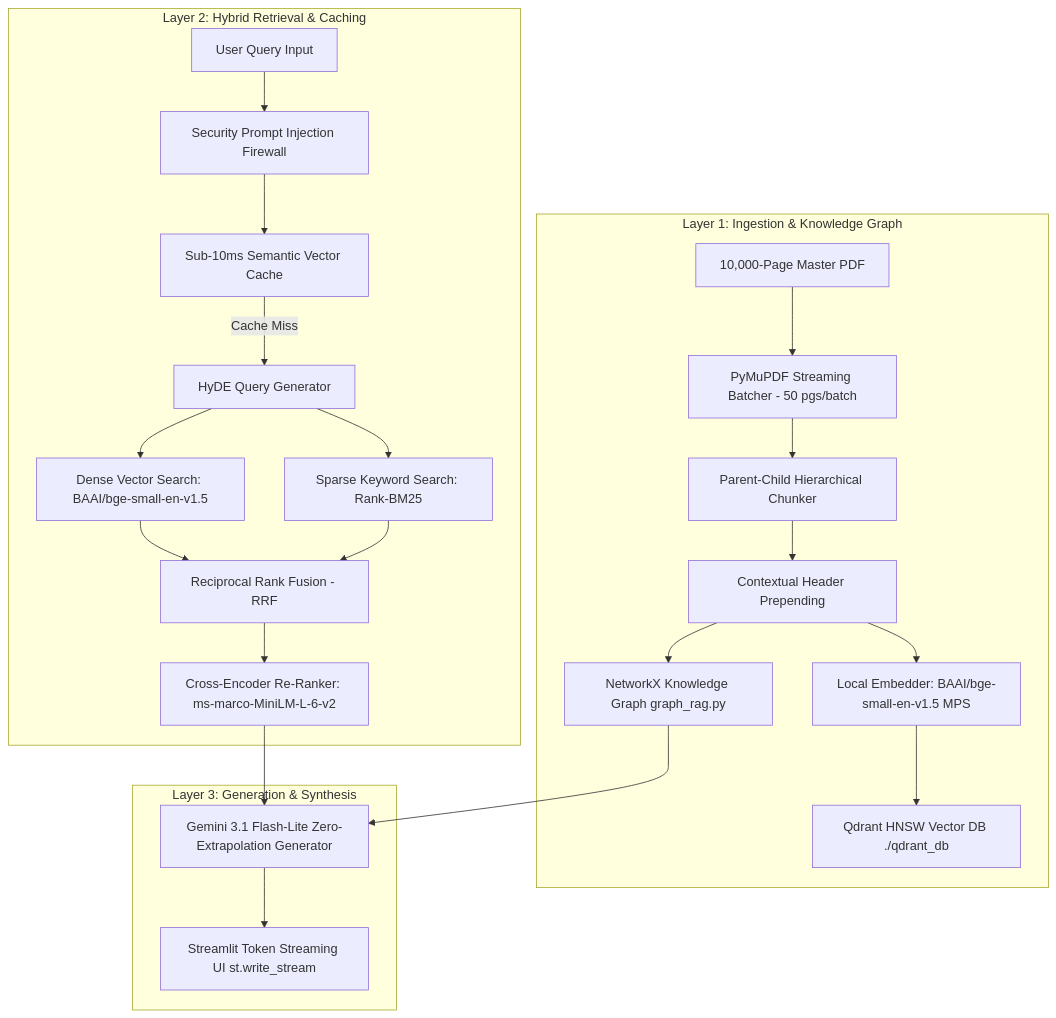
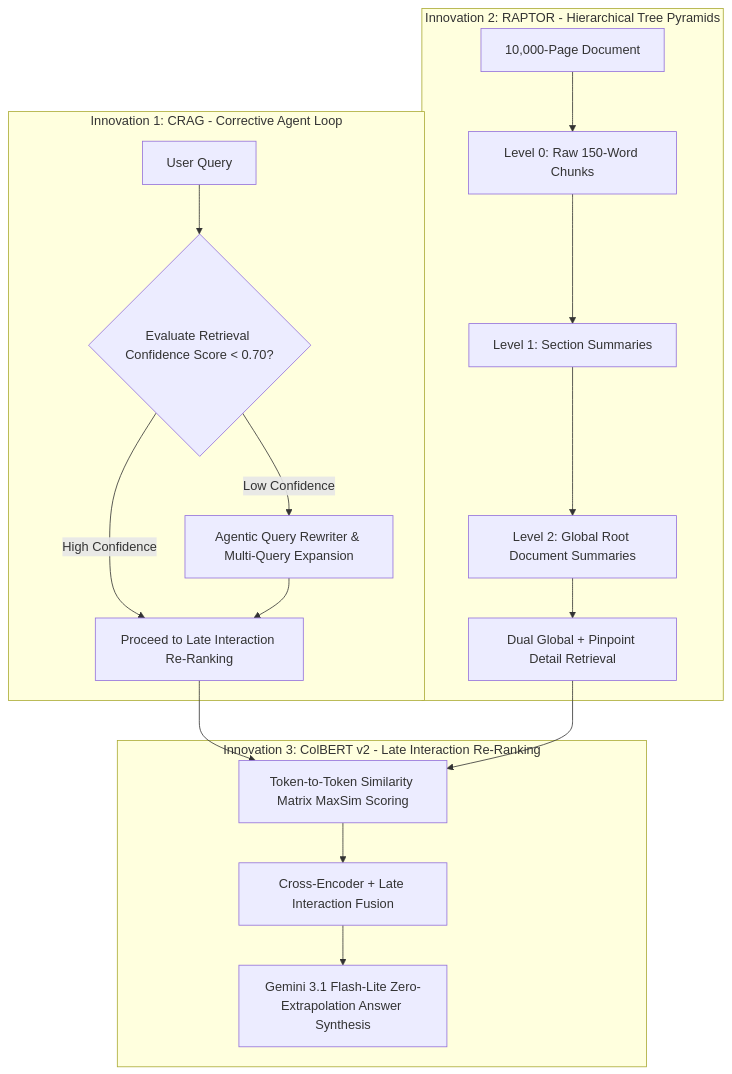
Before and after one commit to AkhilBaja3005/custom-rag: the diagram in README.md, drawn with Mermaid. The commit also changed other lines of this file and 2 other files, not shown here.

Commit message:
Implement Ultimate Next-Gen RAG Innovations: CRAG (Agentic Corrective Loop), RAPTOR (Hierarchical Tree Pyramids), and ColBERT v2 Late Interaction MaxSim Re-Ranking; Update README.md

````diff
--- a/README.md
+++ b/README.md
@@ -25,26 +13,22 @@
 ```mermaid
 flowchart TD
-    subgraph Layer 1: Ingestion & Knowledge Graph
-        A[10,000-Page Master PDF] --> B[PyMuPDF Streaming Batcher - 50 pgs/batch]
-        B --> C[Parent-Child Hierarchical Chunker]
-        C --> D[Contextual Header Prepending]
-        D --> E[Local Embedder: BAAI/bge-small-en-v1.5 MPS]
-        D --> F[NetworkX Knowledge Graph graph_rag.py]
-        E --> G[Qdrant HNSW Vector DB ./qdrant_db]
+    subgraph Innovation 1: CRAG - Corrective Agent Loop
+        A[User Query] --> B{Evaluate Retrieval Confidence Score < 0.70?}
+        B -- Low Confidence --> C[Agentic Query Rewriter & Multi-Query Expansion]
+        B -- High Confidence --> D[Proceed to Late Interaction Re-Ranking]
+        C --> D
     end
 
-    subgraph Layer 2: Hybrid Retrieval & Caching
-        H[User Query Input] --> I[Security Prompt Injection Firewall]
-        I --> J[Sub-10ms Semantic Vector Cache]
-        J -- Cache Miss --> K[HyDE Query Generator]
-        K --> L[Dense Vector Search: BAAI/bge-small-en-v1.5]
-        K --> M[Sparse Keyword Search: Rank-BM25]
-        L & M --> N[Reciprocal Rank Fusion - RRF]
-        N --> O[Cross-Encoder Re-Ranker: ms-marco-MiniLM-L-6-v2]
+    subgraph Innovation 2: RAPTOR - Hierarchical Tree Pyramids
+        E[10,000-Page Document] --> F[Level 0: Raw 150-Word Chunks]
+        F --> G[Level 1: Section Summaries]
+        G --> H[Level 2: Global Root Document Summaries]
+        H --> I[Dual Global + Pinpoint Detail Retrieval]
     end
 
-    subgraph Layer 3: Generation & Synthesis
-        O & F --> P[Gemini 3.1 Flash-Lite Zero-Extrapolation Generator]
-        P --> Q[Streamlit Token Streaming UI st.write_stream]
+    subgraph Innovation 3: ColBERT v2 - Late Interaction Re-Ranking
+        D & I --> J[Token-to-Token Similarity Matrix MaxSim Scoring]
+        J --> K[Cross-Encoder + Late Interaction Fusion]
+        K --> L[Gemini 3.1 Flash-Lite Zero-Extrapolation Answer Synthesis]
     end
 ```
````
